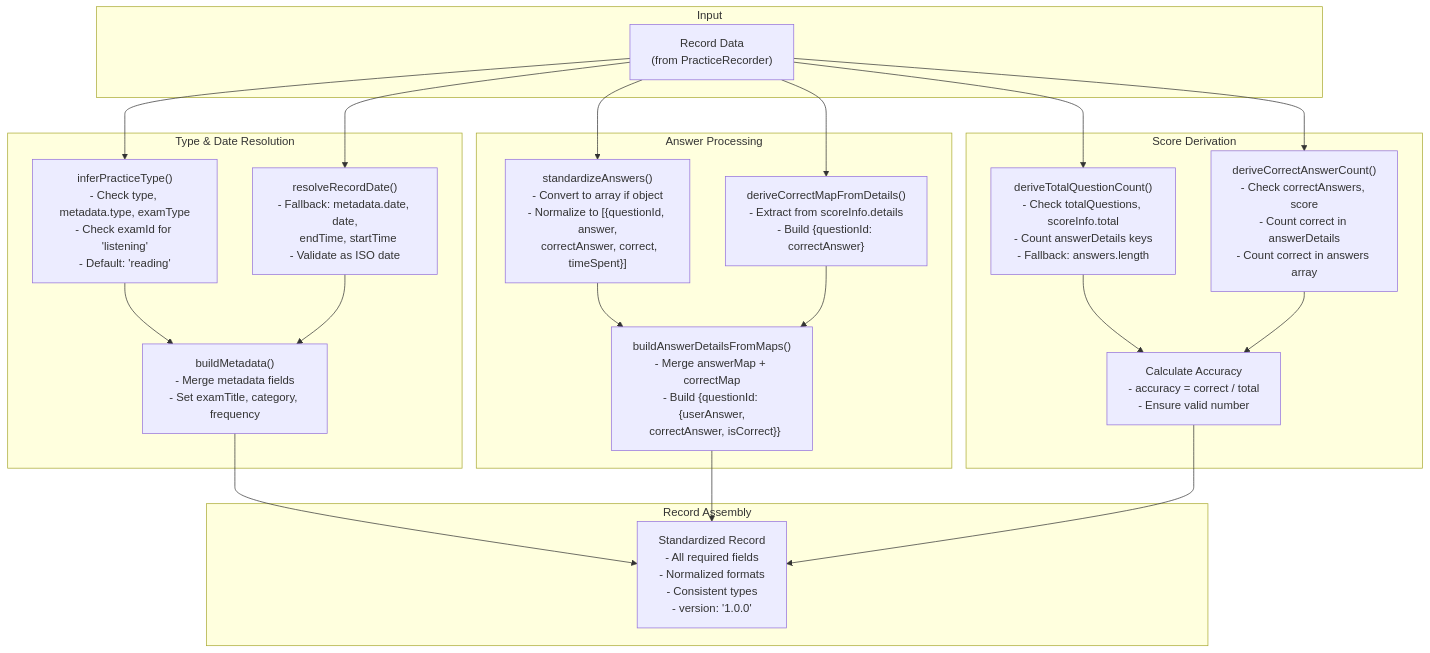
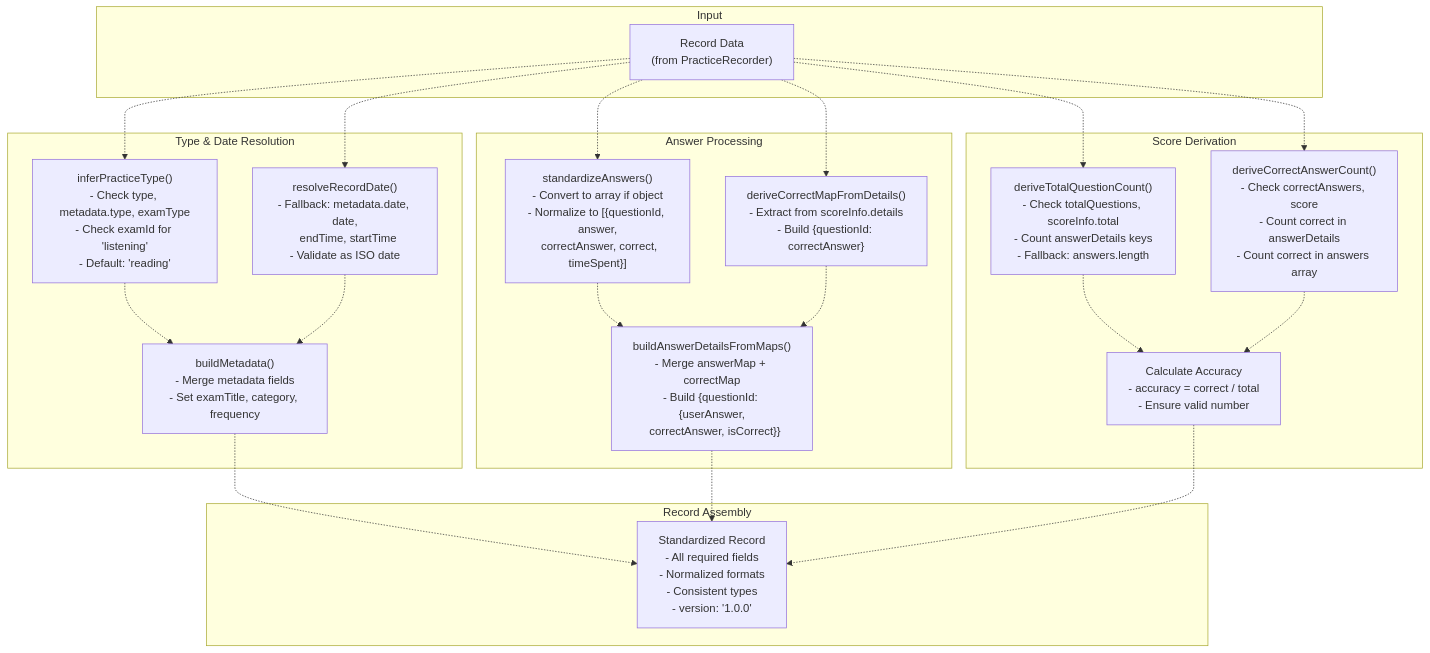
The sixth of 22 diagrams in developer/doc/Wiki/Data-Management-System.md (sallowayma-git/IELTS-practice), drawn with Mermaid before and after one commit. The commit also changed other lines of this file and 84 other files, not shown here.

````diff
--- a/developer/doc/Wiki/Data-Management-System.md
+++ b/developer/doc/Wiki/Data-Management-System.md
@@ -326,57 +326,57 @@
 ```mermaid
 flowchart TD
 
 RecordData["Record Data<br>(from PracticeRecorder)"]
 inferPracticeType["inferPracticeType()<br>- Check type, metadata.type, examType<br>- Check examId for 'listening'<br>- Default: 'reading'"]
 resolveRecordDate["resolveRecordDate()<br>- Fallback: metadata.date, date,<br>  endTime, startTime<br>- Validate as ISO date"]
 buildMetadata["buildMetadata()<br>- Merge metadata fields<br>- Set examTitle, category, frequency"]
 standardizeAnswers["standardizeAnswers()<br>- Convert to array if object<br>- Normalize to [{questionId, answer,<br>  correctAnswer, correct, timeSpent}]"]
 deriveCorrectMap["deriveCorrectMapFromDetails()<br>- Extract from scoreInfo.details<br>- Build {questionId: correctAnswer}"]
 buildAnswerDetailsFromMaps["buildAnswerDetailsFromMaps()<br>- Merge answerMap + correctMap<br>- Build {questionId: {userAnswer,<br>  correctAnswer, isCorrect}}"]
 deriveTotalQuestionCount["deriveTotalQuestionCount()<br>- Check totalQuestions, scoreInfo.total<br>- Count answerDetails keys<br>- Fallback: answers.length"]
 deriveCorrectAnswerCount["deriveCorrectAnswerCount()<br>- Check correctAnswers, score<br>- Count correct in answerDetails<br>- Count correct in answers array"]
 calculateAccuracy["Calculate Accuracy<br>- accuracy = correct / total<br>- Ensure valid number"]
 StandardizedRecord["Standardized Record<br>- All required fields<br>- Normalized formats<br>- Consistent types<br>- version: '1.0.0'"]
 
-RecordData --> inferPracticeType
-RecordData --> resolveRecordDate
-RecordData --> standardizeAnswers
-RecordData --> deriveCorrectMap
-RecordData --> deriveTotalQuestionCount
-RecordData --> deriveCorrectAnswerCount
-buildMetadata --> StandardizedRecord
-buildAnswerDetailsFromMaps --> StandardizedRecord
-calculateAccuracy --> StandardizedRecord
+RecordData -.-> inferPracticeType
+RecordData -.-> resolveRecordDate
+RecordData -.-> standardizeAnswers
+RecordData -.-> deriveCorrectMap
+RecordData -.-> deriveTotalQuestionCount
+RecordData -.-> deriveCorrectAnswerCount
+buildMetadata -.-> StandardizedRecord
+buildAnswerDetailsFromMaps -.-> StandardizedRecord
+calculateAccuracy -.-> StandardizedRecord
 
 subgraph subGraph4 ["Record Assembly"]
     StandardizedRecord
 end
 
 subgraph subGraph3 ["Score Derivation"]
     deriveTotalQuestionCount
     deriveCorrectAnswerCount
     calculateAccuracy
-    deriveTotalQuestionCount --> calculateAccuracy
-    deriveCorrectAnswerCount --> calculateAccuracy
+    deriveTotalQuestionCount -.-> calculateAccuracy
+    deriveCorrectAnswerCount -.-> calculateAccuracy
 end
 
 subgraph subGraph2 ["Answer Processing"]
     standardizeAnswers
     deriveCorrectMap
     buildAnswerDetailsFromMaps
-    standardizeAnswers --> buildAnswerDetailsFromMaps
-    deriveCorrectMap --> buildAnswerDetailsFromMaps
+    standardizeAnswers -.-> buildAnswerDetailsFromMaps
+    deriveCorrectMap -.-> buildAnswerDetailsFromMaps
 end
 
 subgraph subGraph1 ["Type & Date Resolution"]
     inferPracticeType
     resolveRecordDate
     buildMetadata
-    inferPracticeType --> buildMetadata
-    resolveRecordDate --> buildMetadata
+    inferPracticeType -.-> buildMetadata
+    resolveRecordDate -.-> buildMetadata
 end
 
 subgraph Input ["Input"]
     RecordData
 end
 ```
````
